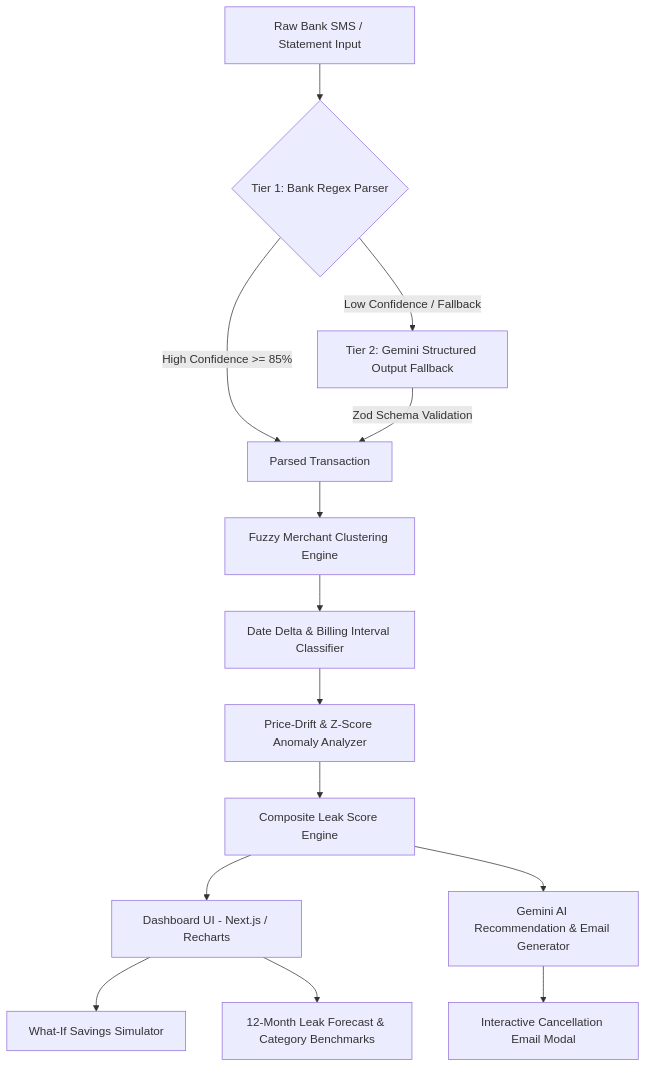
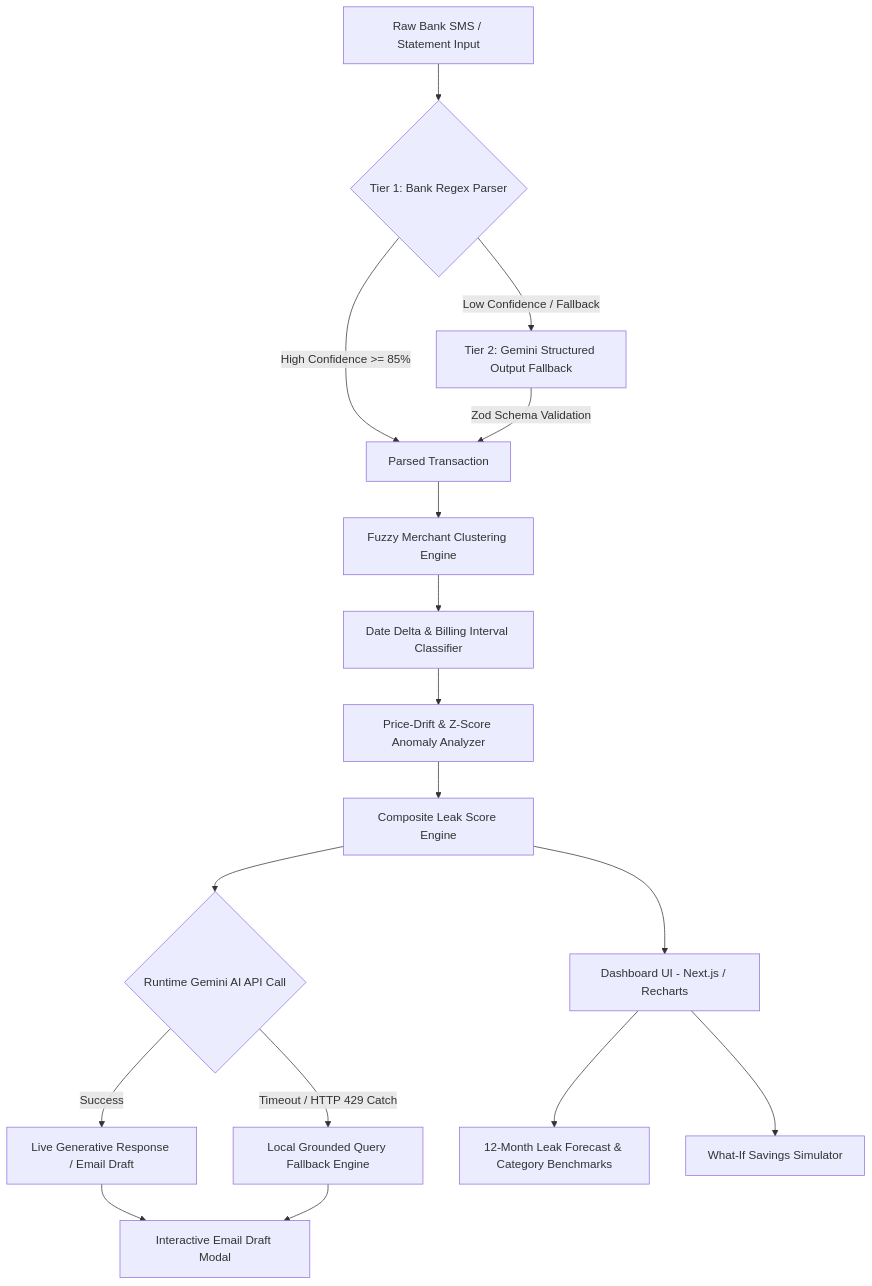
Before and after one commit to Destroyer795/subsense: the first of 3 diagrams in README.md, drawn with Mermaid. The commit also changed other lines of this file and 2 other files, not shown here.

````diff
--- a/README.md
+++ b/README.md
@@ -54,19 +97,23 @@
 ```mermaid
 graph TD
     A[Raw Bank SMS / Statement Input] --> B{Tier 1: Bank Regex Parser}
     B -->|High Confidence >= 85%| C[Parsed Transaction]
     B -->|Low Confidence / Fallback| D[Tier 2: Gemini Structured Output Fallback]
     D -->|Zod Schema Validation| C
     
     C --> E[Fuzzy Merchant Clustering Engine]
     E --> F[Date Delta & Billing Interval Classifier]
     F --> G[Price-Drift & Z-Score Anomaly Analyzer]
     
     G --> H[Composite Leak Score Engine]
     H --> I[Dashboard UI - Next.js / Recharts]
-    H --> J[Gemini AI Recommendation & Email Generator]
+    H --> J{Runtime Gemini AI API Call}
     
-    J --> K[Interactive Cancellation Email Modal]
-    I --> L[What-If Savings Simulator]
-    I --> M[12-Month Leak Forecast & Category Benchmarks]
+    J -->|Success| K[Live Generative Response / Email Draft]
+    J -->|Timeout / HTTP 429 Catch| L[Local Grounded Query Fallback Engine]
+    
+    K --> M[Interactive Email Draft Modal]
+    L --> M
+    I --> N[12-Month Leak Forecast & Category Benchmarks]
+    I --> O[What-If Savings Simulator]
 ```
````
